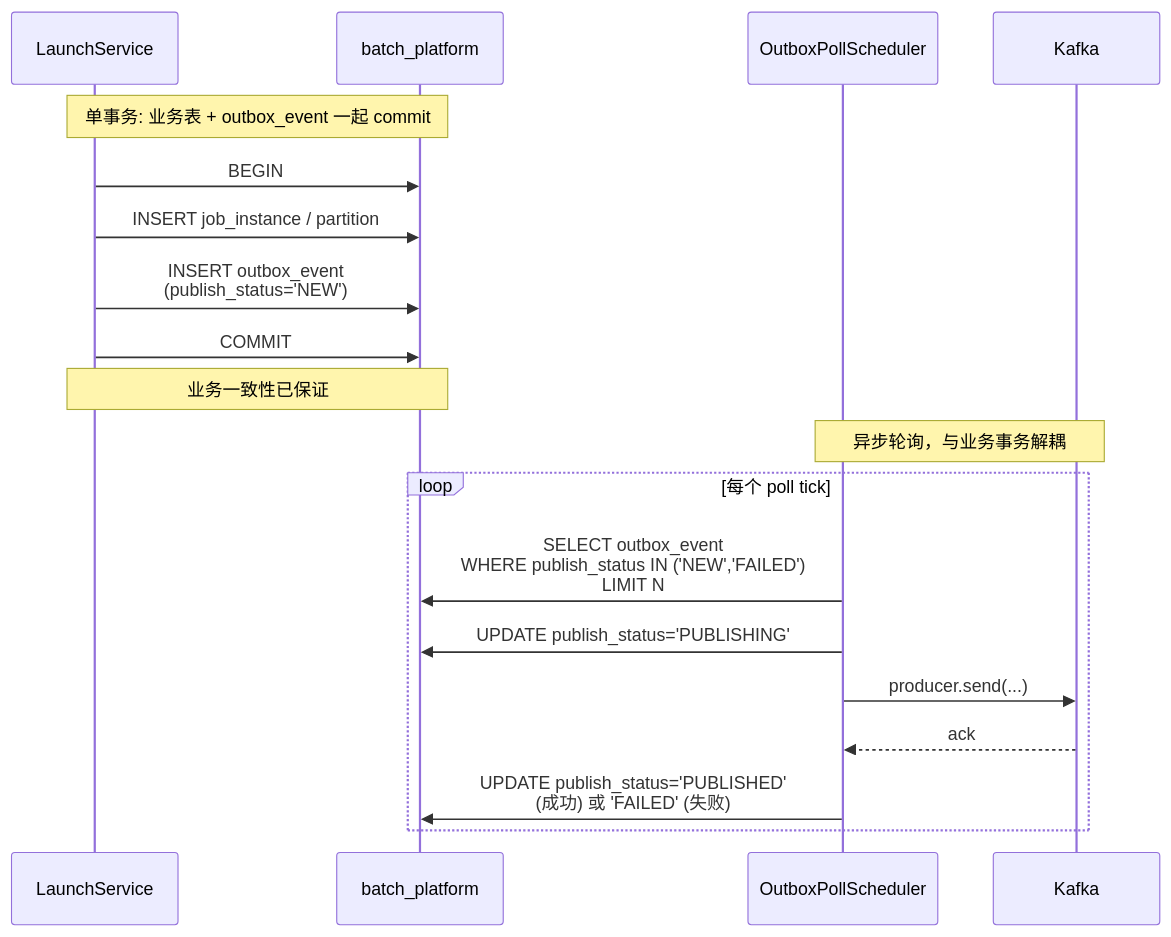
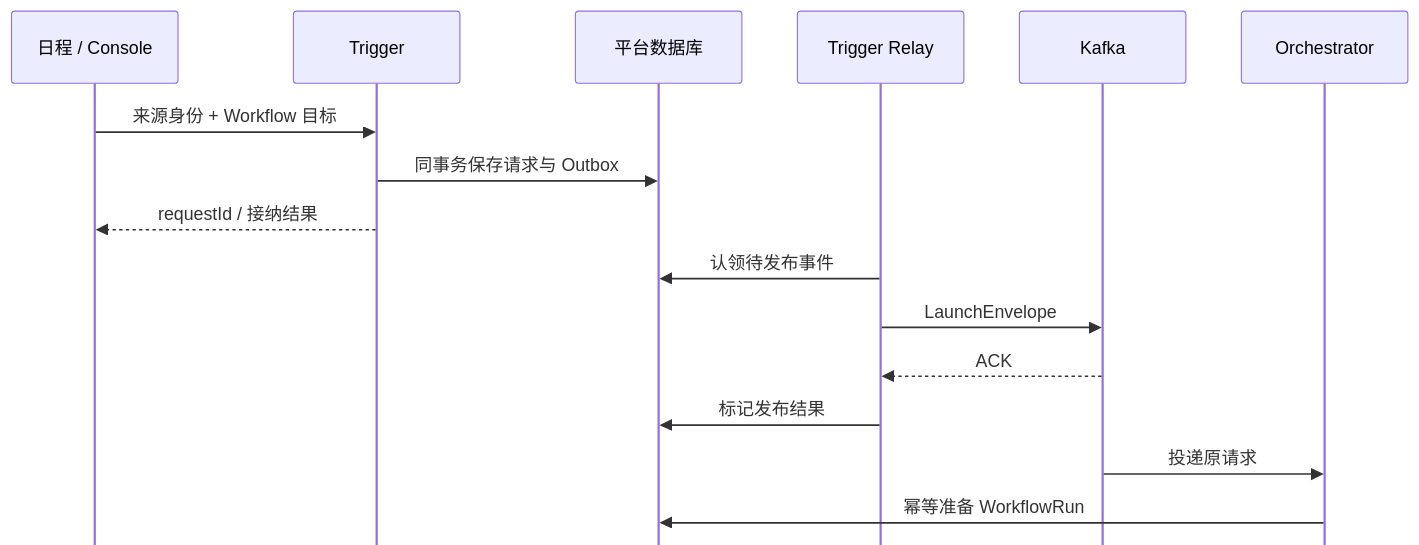
One commit to pinpols/file-batch-system changed the second of 24 diagrams in docs/architecture/system-flow-overview.md. Above: the diagram before and after it, drawn with Mermaid. The commit also changed other lines of this file and 5032 other files, not shown here.

````diff
--- a/docs/architecture/system-flow-overview.md
+++ b/docs/architecture/system-flow-overview.md
@@ -1079,24 +47,19 @@
 ```mermaid
-%%{init: {'flowchart': {'curve': 'linear', 'htmlLabels': true}}}%%
+%%{init: {"flowchart":{"curve":"linear","nodeSpacing":32,"rankSpacing":48},"sequence":{"mirrorActors":false}}}%%
 sequenceDiagram
-    participant LS as LaunchService
-    participant PDB as batch_platform
-    participant OUT as OutboxPollScheduler
-    participant K as Kafka
-
-    Note over LS,PDB: 单事务: 业务表 + outbox_event 一起 commit
-    LS->>PDB: BEGIN
-    LS->>PDB: INSERT job_instance / partition
-    LS->>PDB: INSERT outbox_event<br/>(publish_status='NEW')
-    LS->>PDB: COMMIT
-    Note over LS,PDB: 业务一致性已保证
-
-    Note over OUT,K: 异步轮询，与业务事务解耦
-    loop 每个 poll tick
-        OUT->>PDB: SELECT outbox_event<br/>WHERE publish_status IN ('NEW','FAILED')<br/>LIMIT N
-        OUT->>PDB: UPDATE publish_status='PUBLISHING'
-        OUT->>K: producer.send(...)
-        K-->>OUT: ack
-        OUT->>PDB: UPDATE publish_status='PUBLISHED'<br/>(成功) 或 'FAILED' (失败)
-    end
+  participant Caller as 日程 / Console
+  participant T as Trigger
+  participant DB as 平台数据库
+  participant Relay as Trigger Relay
+  participant K as Kafka
+  participant O as Orchestrator
+  Caller->>T: 来源身份 + Workflow 目标
+  T->>DB: 同事务保存请求与 Outbox
+  T-->>Caller: requestId / 接纳结果
+  Relay->>DB: 认领待发布事件
+  Relay->>K: LaunchEnvelope
+  K-->>Relay: ACK
+  Relay->>DB: 标记发布结果
+  K->>O: 投递原请求
+  O->>DB: 幂等准备 WorkflowRun
 ```
````
